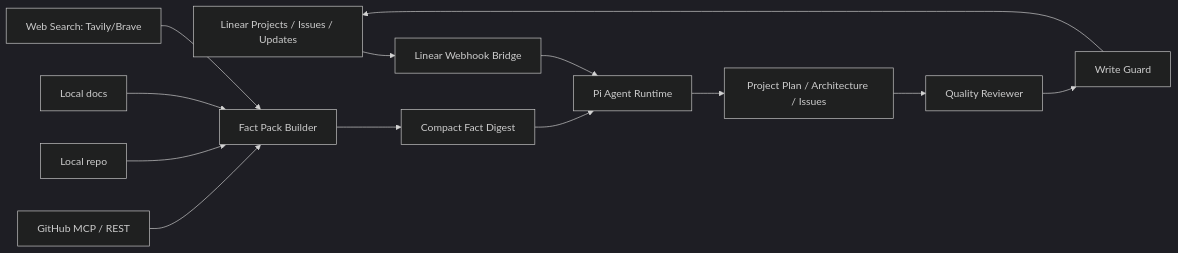
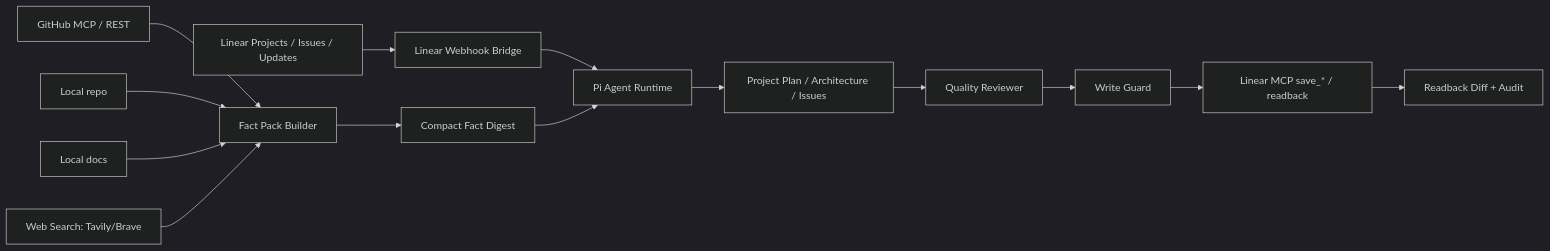
Before and after one commit to w2030298-art/linear-pi-project-admin-agent: the diagram in README.md, drawn with Mermaid (dark theme). The commit also changed other lines of this file and 14 other files, not shown here.

````diff
--- a/README.md
+++ b/README.md
@@ -7,15 +7,16 @@
 ```mermaid
 flowchart LR
   Linear[Linear Projects / Issues / Updates] --> Bridge[Linear Webhook Bridge]
   GitHub[GitHub MCP / REST] --> Fact[Fact Pack Builder]
   LocalRepo[Local repo] --> Fact
   LocalDocs[Local docs] --> Fact
   Web[Web Search: Tavily/Brave] --> Fact
   Bridge --> Pi[Pi Agent Runtime]
   Fact --> Digest[Compact Fact Digest]
   Digest --> Pi
   Pi --> Plan[Project Plan / Architecture / Issues]
   Plan --> Review[Quality Reviewer]
   Review --> Guard[Write Guard]
-  Guard --> Linear
+  Guard --> MCP[Linear MCP save_* / readback]
+  MCP --> Diff[Readback Diff + Audit]
 ```
````
